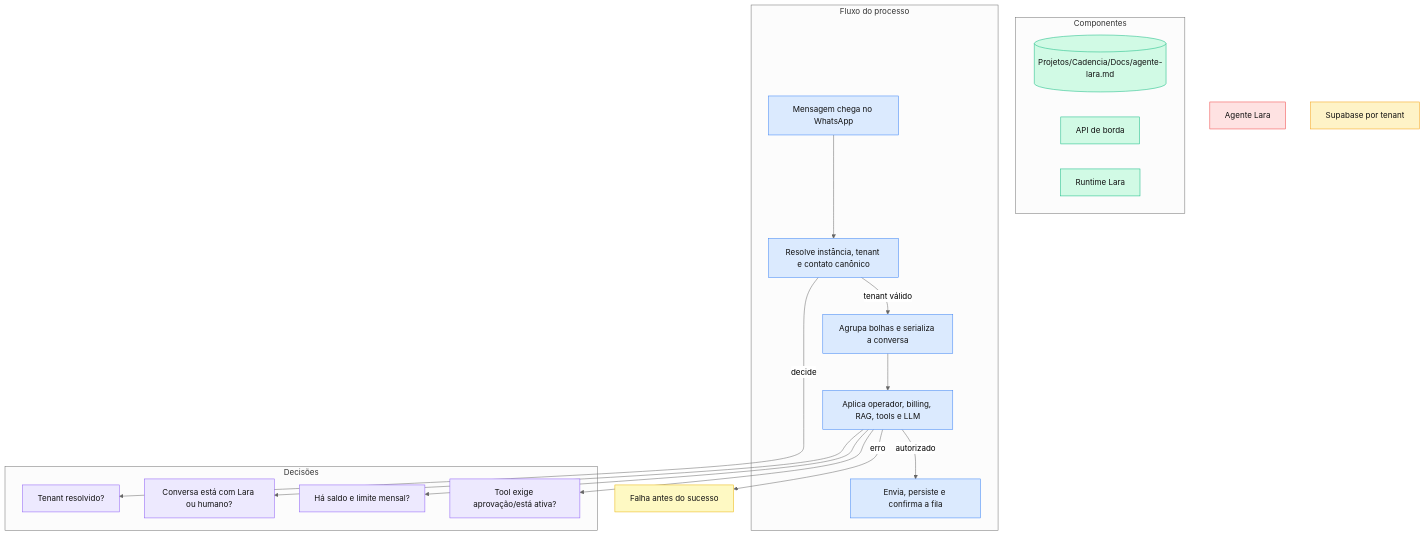
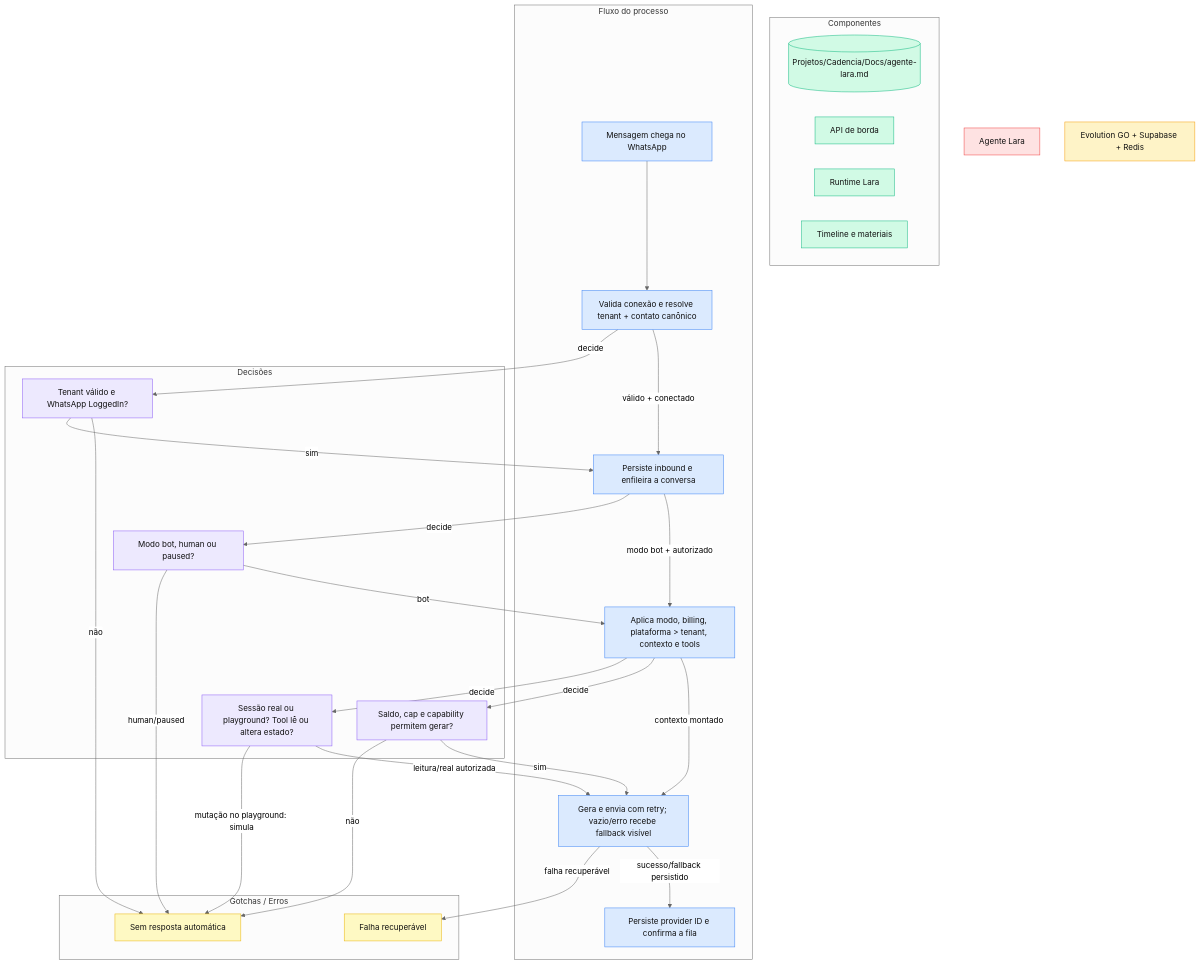
The diagram in docs/cadencia-app/agente-lara.md (Posicionamento-Digital/cadencia-docs), drawn with Mermaid (neutral theme) before and after one commit. The commit also changed other lines of this file and 1 other file, not shown here.

Commit message:
docs(lara): atualiza agente e agenda

````diff
--- a/docs/cadencia-app/agente-lara.md
+++ b/docs/cadencia-app/agente-lara.md
@@ -24,50 +32,66 @@
 ```mermaid
 flowchart TD
+    classDef component fill:#D1FAE5,stroke:#10B981,color:#111
     classDef flow fill:#DBEAFE,stroke:#3B82F6,color:#111
-    classDef component fill:#D1FAE5,stroke:#10B981,color:#111
+    classDef decision fill:#EDE9FE,stroke:#8B5CF6,color:#111
+    classDef core fill:#FEE2E2,stroke:#EF4444,color:#111
+    classDef external fill:#FEF3C7,stroke:#F59E0B,color:#111
     classDef warning fill:#FEF9C3,stroke:#EAB308,color:#111
-    classDef decision fill:#EDE9FE,stroke:#8B5CF6,color:#111
-    classDef external fill:#FEF3C7,stroke:#F59E0B,color:#111
-    classDef core fill:#FEE2E2,stroke:#EF4444,color:#111
 
     subgraph SG_component["Componentes"]
         panel[("Projetos/Cadencia/Docs/agente-lara.md")]
         api["API de borda"]
         runtime["Runtime Lara"]
+        timeline["Timeline e materiais"]
     end
-    class panel,api,runtime component
+    class panel,api,runtime,timeline component
 
     subgraph SG_flow["Fluxo do processo"]
         inbound["Mensagem chega no WhatsApp"]
-        resolve["Resolve instância, tenant e contato canônico"]
-        queue["Agrupa bolhas e serializa a conversa"]
-        reason["Aplica operador, billing, RAG, tools e LLM"]
-        send["Envia, persiste e confirma a fila"]
+        resolve["Valida conexão e resolve tenant + contato canônico"]
+        persist["Persiste inbound e enfileira a conversa"]
+        reason["Aplica modo, billing, plataforma > tenant, contexto e tools"]
+        send["Gera e envia com retry; vazio/erro recebe fallback visível"]
+        finish["Persiste provider ID e confirma a fila"]
     end
-    class inbound,resolve,queue,reason,send flow
+    class inbound,resolve,persist,reason,send,finish flow
 
     subgraph SG_decision["Decisões"]
-        tenant["Tenant resolvido?"]
-        mode["Conversa está com Lara ou humano?"]
-        limit["Há saldo e limite mensal?"]
-        tool["Tool exige aprovação/está ativa?"]
+        connected["Tenant válido e WhatsApp LoggedIn?"]
+        mode["Modo bot, human ou paused?"]
+        limit["Saldo, cap e capability permitem gerar?"]
+        tool["Sessão real ou playground? Tool lê ou altera estado?"]
     end
-    class tenant,mode,limit,tool decision
+    class connected,mode,limit,tool decision
 
-    title["Agente Lara"]
+        title["Agente Lara"]
     class title core
-    data["Supabase por tenant"]
-    class data external
-    err["Falha antes do sucesso"]
-    class err warning
+
+        evolution["Evolution GO + Supabase + Redis"]
+    class evolution external
+
+    subgraph SG_warning["Gotchas / Erros"]
+        stop["Sem resposta automática"]
+        recover["Falha recuperável"]
+    end
+    class stop,recover warning
 
     inbound --> resolve
-    resolve -->|"tenant válido"| queue
-    queue --> reason
-    reason -->|"autorizado"| send
-    resolve -->|"decide"| tenant
-    reason --> mode
-    reason --> limit
-    reason --> tool
-    reason -->|"erro"| err
+    resolve -->|"válido + conectado"| persist
+    persist -->|"modo bot + autorizado"| reason
+    reason -->|"contexto montado"| send
+    send -->|"sucesso/fallback persistido"| finish
+    resolve -->|"decide"| connected
+    connected -->|"não"| stop
+    connected -->|"sim"| persist
+    persist -->|"decide"| mode
+    mode -->|"bot"| reason
+    mode -->|"human/paused"| stop
+    reason -->|"decide"| limit
+    limit -->|"sim"| send
+    limit -->|"não"| stop
+    reason -->|"decide"| tool
+    tool -->|"leitura/real autorizada"| send
+    tool -->|"mutação no playground: simula"| stop
+    send -->|"falha recuperável"| recover
 ```
````
